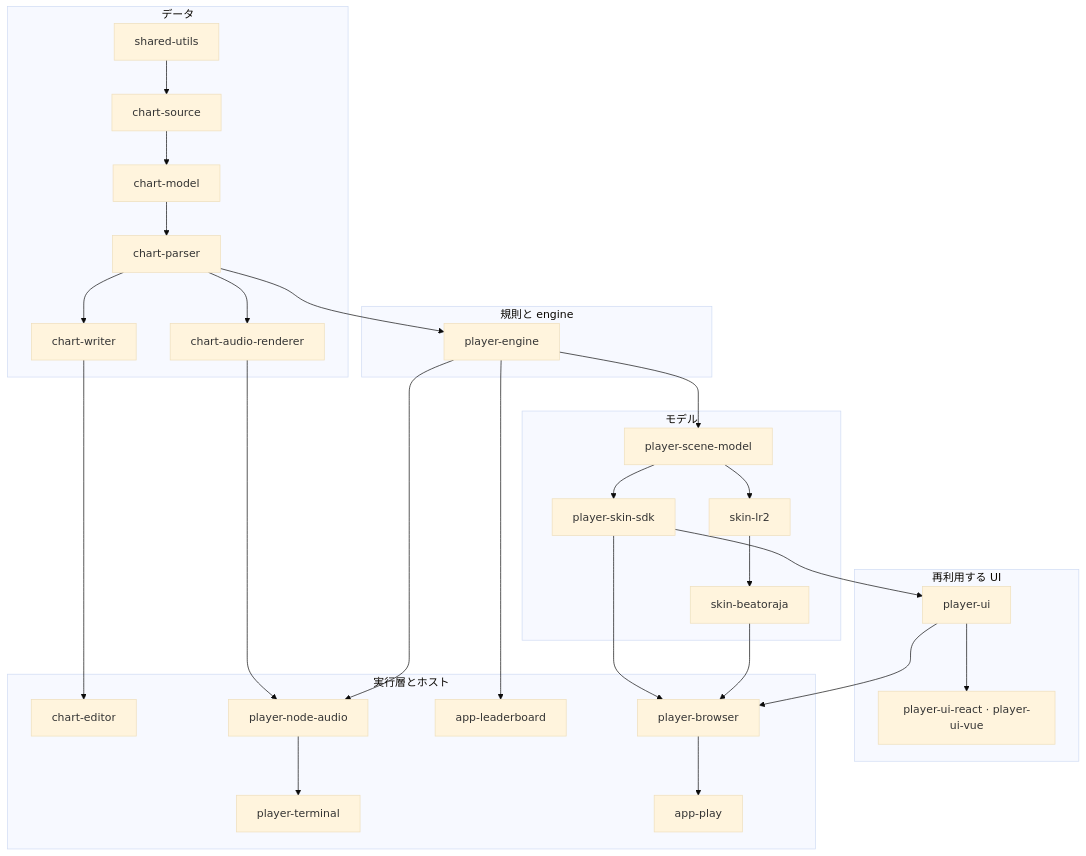
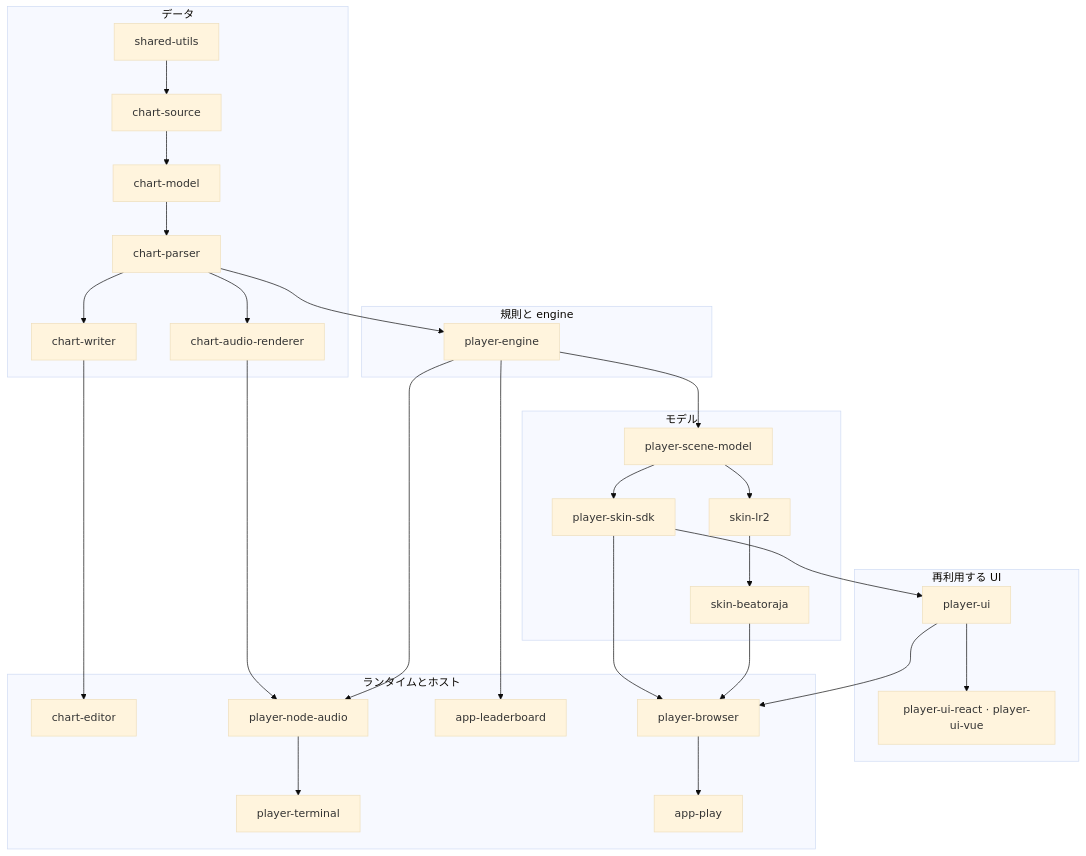
The first of 2 diagrams in README.ja.md (nulltask/be-music), drawn with Mermaid (base theme) before and after one commit. The commit also changed other lines of this file and 19 other files, not shown here.

````diff
--- a/README.ja.md
+++ b/README.ja.md
@@ -32,44 +32,44 @@
 ```mermaid
 flowchart TD
   subgraph data["データ"]
     utils["shared-utils"] --> json["chart-source"] --> chart["chart-model"] --> parser["chart-parser"]
     parser --> chart-writer["chart-writer"]
     parser --> renderer["chart-audio-renderer"]
   end
   subgraph rules["規則と engine"]
     player["player-engine"]
   end
   subgraph models["モデル"]
     scene["player-scene-model"]
     sdk["player-skin-sdk"]
     lr2["skin-lr2"]
     beatoraja["skin-beatoraja"]
   end
   subgraph presentation["再利用する UI"]
     ui["player-ui"]
     wrappers["player-ui-react · player-ui-vue"]
   end
 
-  subgraph hosts["実行層とホスト"]
+  subgraph hosts["ランタイムとホスト"]
     editor["chart-editor"]
     tui["player-terminal"]
     nodeaudio["player-node-audio"]
     lb["app-leaderboard"]
     web["player-browser"]
     demo["app-play"]
   end
 
   chart-writer --> editor
   parser --> player
   renderer --> nodeaudio
   player --> scene
   player --> nodeaudio --> tui
   player --> lb
   scene --> sdk
   scene --> lr2 --> beatoraja
   sdk --> ui --> web
   ui --> wrappers
   sdk --> web
   beatoraja --> web
   web --> demo
 ```
````
